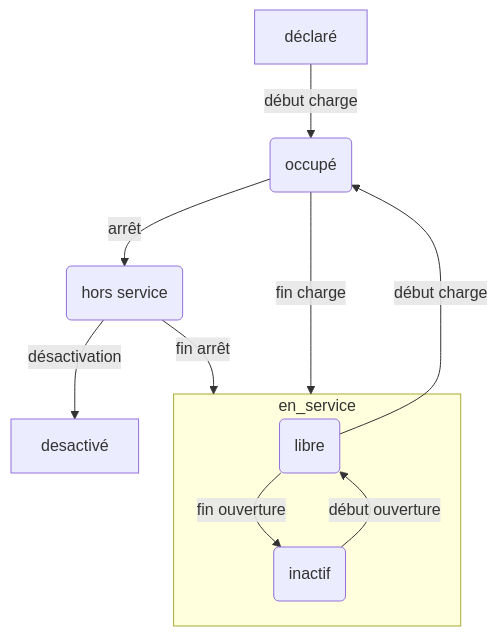
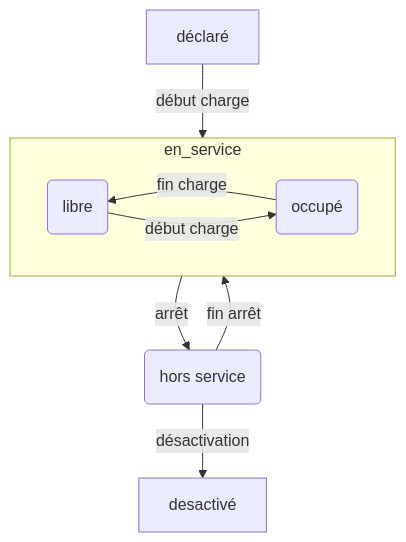
One commit to loco-philippe/IRVE changed the first of 3 diagrams in indicateurs/files/etats.md. Above: the diagram before and after it, drawn with Mermaid. The commit also changed other lines of this file and 2 other files, not shown here.

````diff
--- a/indicateurs/files/etats.md
+++ b/indicateurs/files/etats.md
@@ -29,13 +21,12 @@
 ```{mermaid}
 flowchart TB
-    déclaré -->|début charge| occ(occupé)   
-    occ --> |fin charge| en_service
-    lib -->|début charge| occ 
+    déclaré -->|début charge| occ   
+    occ -->|arrêt| hs
     subgraph en_service
-        lib(libre) -->|fin ouverture| ina
-        ina(inactif) -->|début ouverture| lib
+        direction RL
+        lib(libre) -->|début charge| occ(occupé)
+        occ -->|fin charge| lib
     end  
-    arr(hors service) -->|fin arrêt| en_service
-    occ -->|arrêt| arr
-    arr -->|désactivation| desactivé 
+    hs(hors service) -->|fin arrêt| lib
+    hs -->|désactivation| desactivé 
 ```
````
